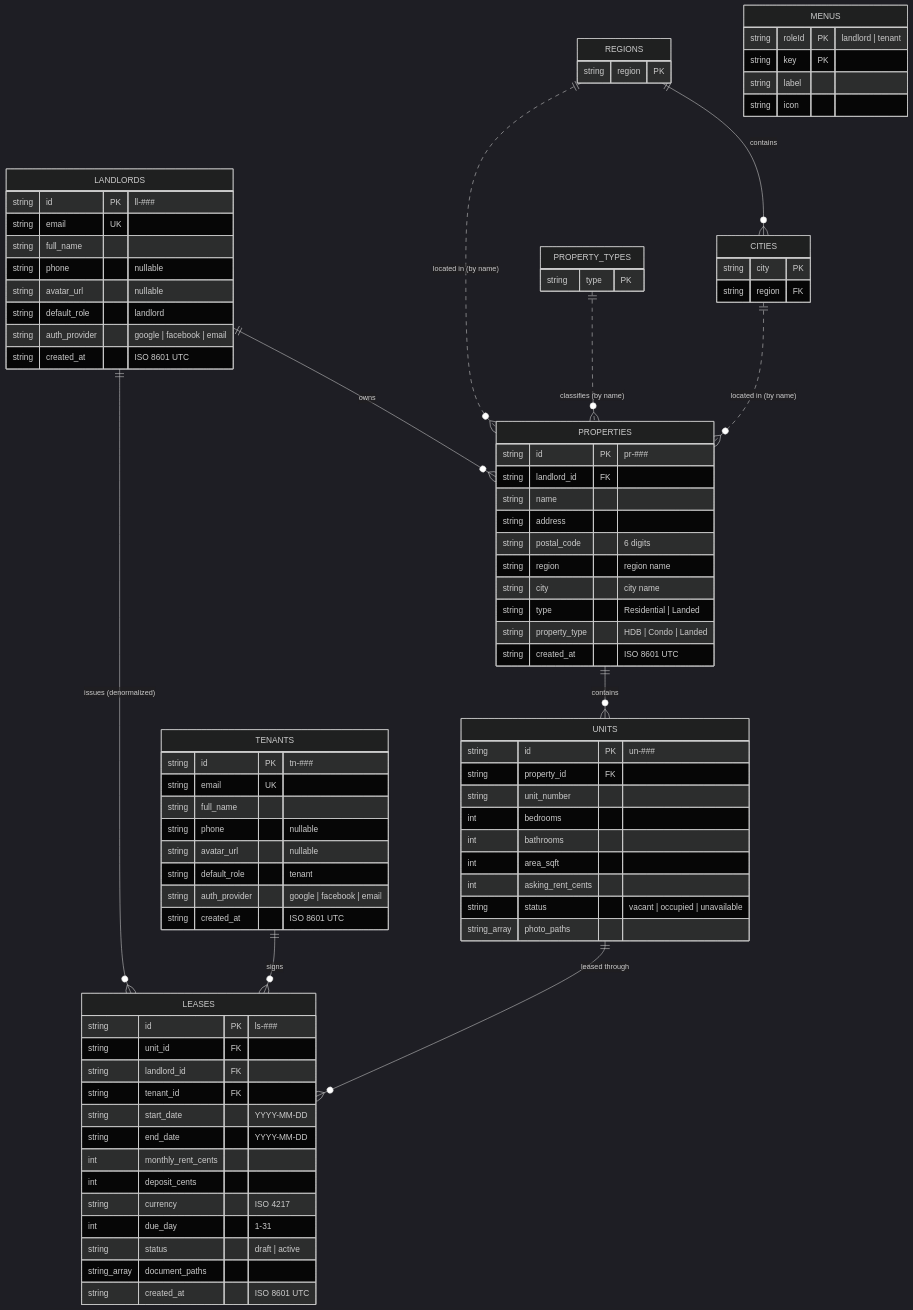
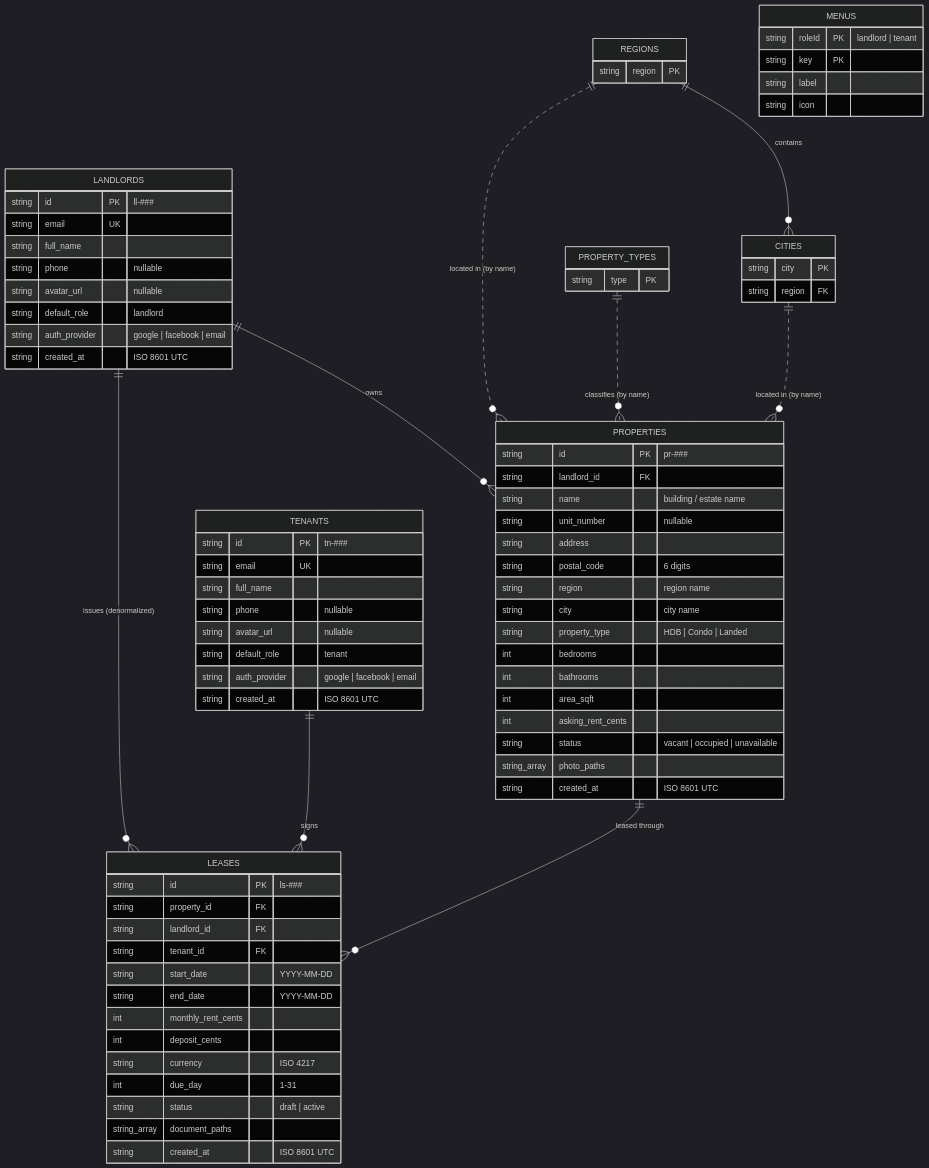
Before and after one commit to abellajakeyabut/casahero: the diagram in casahero-ui/docs/data-schema.md, drawn with Mermaid (dark theme). The commit also changed other lines of this file and 11 other files, not shown here.

````diff
--- a/casahero-ui/docs/data-schema.md
+++ b/casahero-ui/docs/data-schema.md
@@ -28,8 +30,7 @@
 ```mermaid
 erDiagram
     LANDLORDS ||--o{ PROPERTIES : "owns"
-    PROPERTIES ||--o{ UNITS : "contains"
-    UNITS ||--o{ LEASES : "leased through"
+    PROPERTIES ||--o{ LEASES : "leased through"
     TENANTS ||--o{ LEASES : "signs"
     LANDLORDS ||--o{ LEASES : "issues (denormalized)"
     REGIONS ||--o{ CITIES : "contains"
@@ -60,29 +61,24 @@
     PROPERTIES {
         string id PK "pr-###"
         string landlord_id FK
-        string name
+        string name "building / estate name"
+        string unit_number "nullable"
         string address
         string postal_code "6 digits"
         string region "region name"
         string city "city name"
-        string type "Residential | Landed"
         string property_type "HDB | Condo | Landed"
-        string created_at "ISO 8601 UTC"
-    }
-    UNITS {
-        string id PK "un-###"
-        string property_id FK
-        string unit_number
         int bedrooms
         int bathrooms
         int area_sqft
         int asking_rent_cents
         string status "vacant | occupied | unavailable"
         string_array photo_paths
+        string created_at "ISO 8601 UTC"
     }
     LEASES {
         string id PK "ls-###"
-        string unit_id FK
+        string property_id FK
         string landlord_id FK
         string tenant_id FK
         string start_date "YYYY-MM-DD"
````
